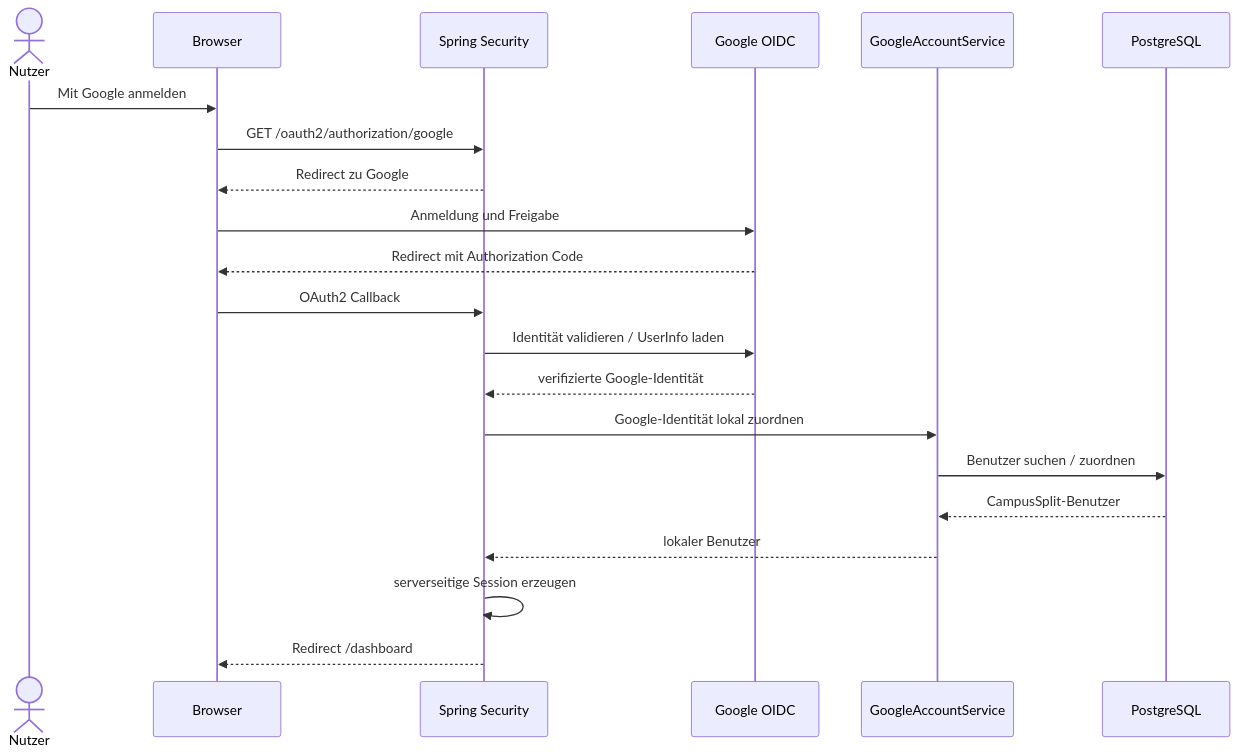
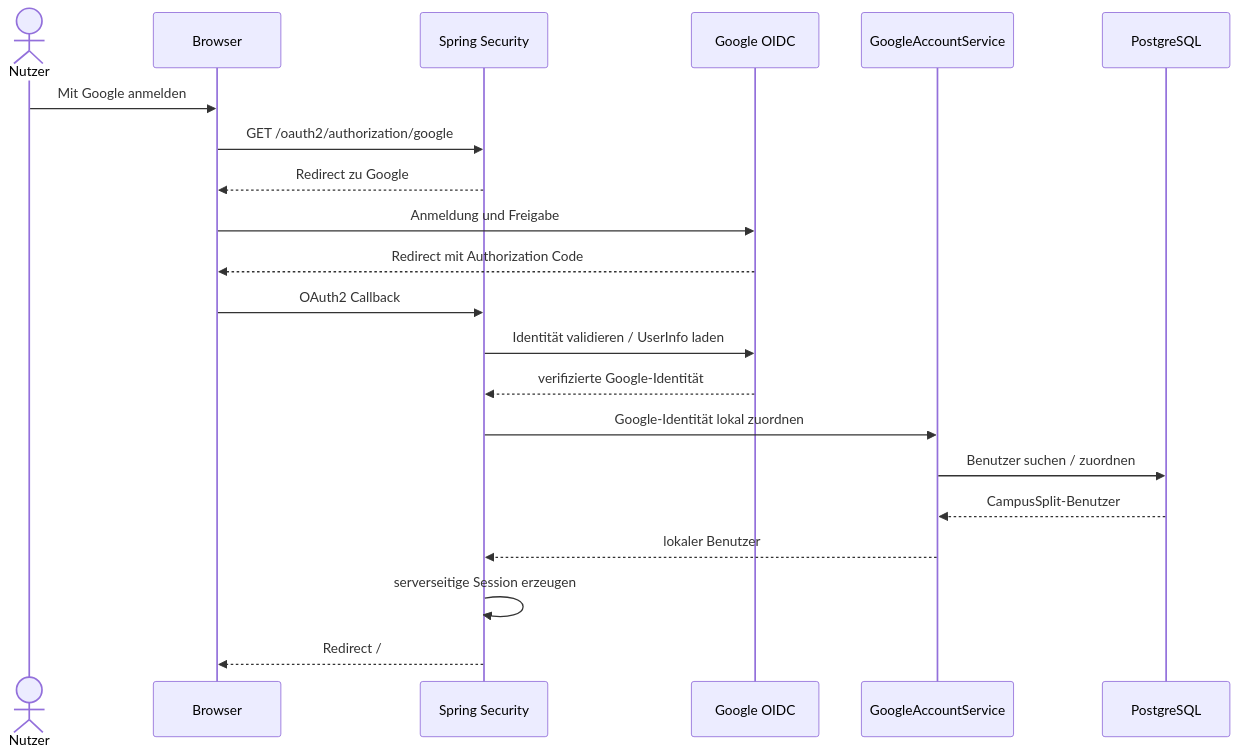
The second of 10 diagrams in Architektur/A06-runtime-view.md (Bunyamin0101/WK_1106_CampusSplit), drawn with Mermaid before and after one commit. The commit also changed other lines of this file and 2 other files, not shown here.

Commit message:
docs(architecture): align building blocks and runtime with implementation

````diff
--- a/Architektur/A06-runtime-view.md
+++ b/Architektur/A06-runtime-view.md
@@ -91,24 +91,24 @@
 ```mermaid
 sequenceDiagram
     actor Nutzer
     participant Browser
     participant Security as Spring Security
     participant Google as Google OIDC
     participant Account as GoogleAccountService
     participant DB as PostgreSQL
 
     Nutzer->>Browser: Mit Google anmelden
     Browser->>Security: GET /oauth2/authorization/google
     Security-->>Browser: Redirect zu Google
     Browser->>Google: Anmeldung und Freigabe
     Google-->>Browser: Redirect mit Authorization Code
     Browser->>Security: OAuth2 Callback
     Security->>Google: Identität validieren / UserInfo laden
     Google-->>Security: verifizierte Google-Identität
     Security->>Account: Google-Identität lokal zuordnen
     Account->>DB: Benutzer suchen / zuordnen
     DB-->>Account: CampusSplit-Benutzer
     Account-->>Security: lokaler Benutzer
     Security->>Security: serverseitige Session erzeugen
-    Security-->>Browser: Redirect /dashboard
+    Security-->>Browser: Redirect /
 ```
````
